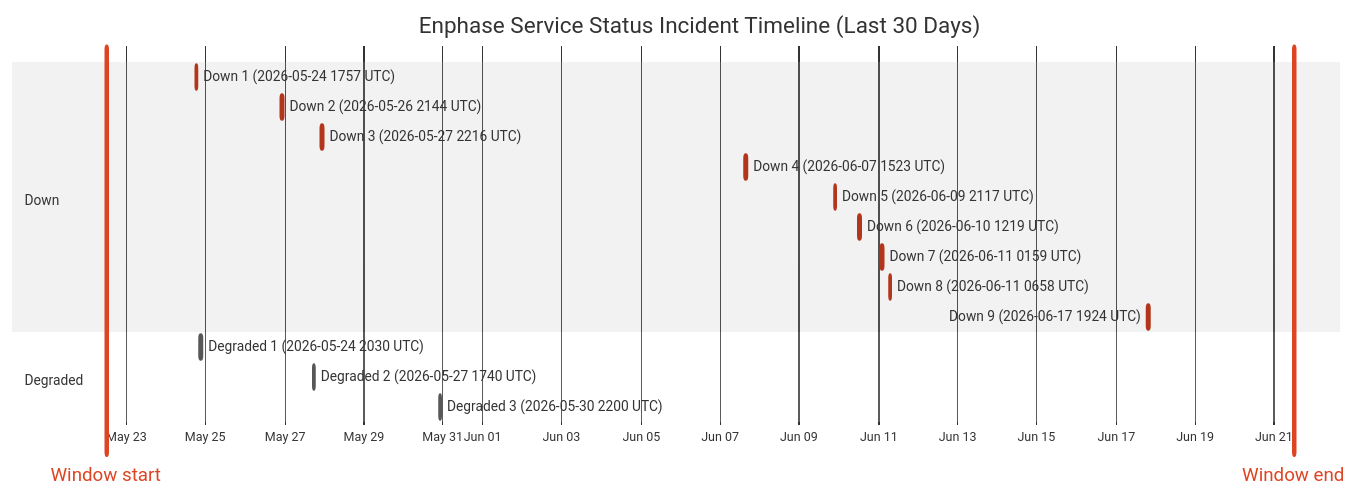
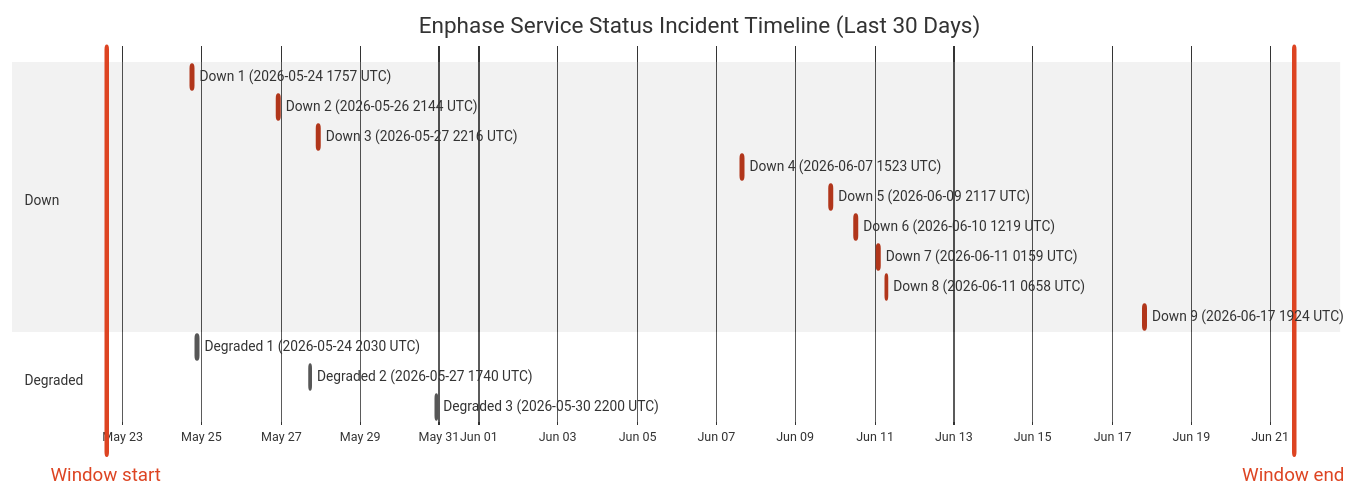
One commit to barneyonline/ha-enphase-energy changed the diagram in wiki/Service-Status-History.md. Above: the diagram before and after it, drawn with Mermaid (neutral theme). The commit also changed other lines of this file and 3 other files, not shown here.

````diff
--- a/wiki/Service-Status-History.md
+++ b/wiki/Service-Status-History.md
@@ -14,22 +14,22 @@
 ```mermaid
 gantt
     title Enphase Service Status Incident Timeline (Last 30 Days)
     dateFormat  YYYY-MM-DDTHH:mm:ss
     axisFormat  %b %d
-    Window start :vert, window-start, 2026-05-22T11:45:03, 0ms
-    Window end :vert, window-end, 2026-06-21T11:45:03, 0ms
+    Window start :vert, window-start, 2026-05-22T14:08:29, 0ms
+    Window end :vert, window-end, 2026-06-21T14:08:29, 0ms
     section Down
     Down 1 (2026-05-24 1757 UTC) :crit, down-1, 2026-05-24T17:57:41, 86m
     Down 2 (2026-05-26 2144 UTC) :crit, down-2, 2026-05-26T21:44:11, 85m
     Down 3 (2026-05-27 2216 UTC) :crit, down-3, 2026-05-27T22:16:53, 87m
     Down 4 (2026-06-07 1523 UTC) :crit, down-4, 2026-06-07T15:23:22, 87m
     Down 5 (2026-06-09 2117 UTC) :crit, down-5, 2026-06-09T21:17:17, 60m
     Down 6 (2026-06-10 1219 UTC) :crit, down-6, 2026-06-10T12:19:21, 60m
     Down 7 (2026-06-11 0159 UTC) :crit, down-7, 2026-06-11T01:59:36, 60m
     Down 8 (2026-06-11 0658 UTC) :crit, down-8, 2026-06-11T06:58:45, 60m
     Down 9 (2026-06-17 1924 UTC) :crit, down-9, 2026-06-17T19:24:51, 60m
     section Degraded
     Degraded 1 (2026-05-24 2030 UTC) :active, degraded-1, 2026-05-24T20:30:57, 84m
     Degraded 2 (2026-05-27 1740 UTC) :active, degraded-2, 2026-05-27T17:40:52, 60m
     Degraded 3 (2026-05-30 2200 UTC) :active, degraded-3, 2026-05-30T22:00:37, 60m
 ```
````
